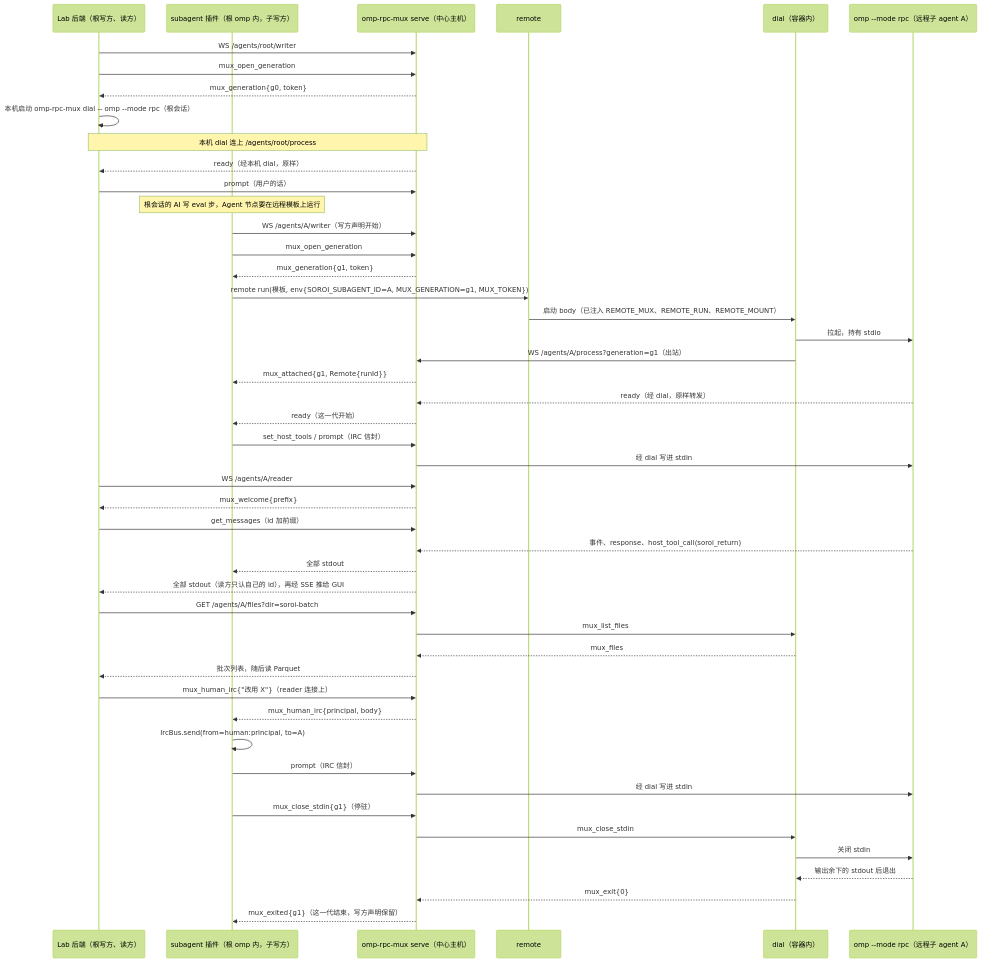
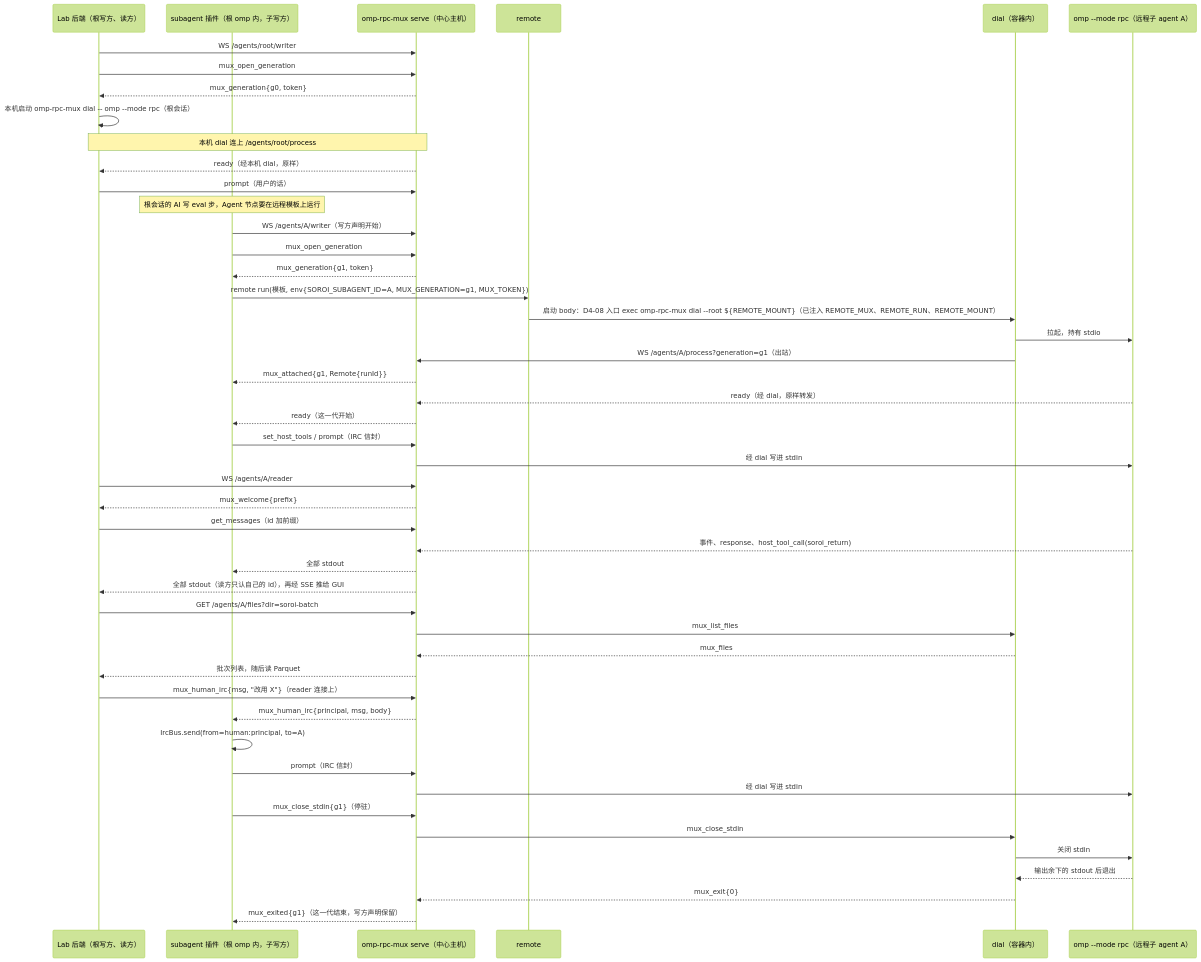
Before and after one commit to Pepgent/PM: the diagram in evidence/decisions/D3-network-mux.md, drawn with Mermaid (forest theme). The commit also changed other lines of this file and 17 other files, not shown here.

````diff
--- a/evidence/decisions/D3-network-mux.md
+++ b/evidence/decisions/D3-network-mux.md
@@ -148,50 +158,50 @@
 ```mermaid
 sequenceDiagram
     participant L as Lab 后端（根写方、读方）
     participant P as subagent 插件（根 omp 内，子写方）
     participant M as omp-rpc-mux serve（中心主机）
     participant R as remote
     participant D as dial（容器内）
     participant O as omp --mode rpc（远程子 agent A）
     L->>M: WS /agents/root/writer
     L->>M: mux_open_generation
     M-->>L: mux_generation{g0, token}
     L->>L: 本机启动 omp-rpc-mux dial -- omp --mode rpc（根会话）
     Note over L,M: 本机 dial 连上 /agents/root/process
     M-->>L: ready（经本机 dial，原样）
     L->>M: prompt（用户的话）
     Note over P: 根会话的 AI 写 eval 步，Agent 节点要在远程模板上运行
     P->>M: WS /agents/A/writer（写方声明开始）
     P->>M: mux_open_generation
     M-->>P: mux_generation{g1, token}
     P->>R: remote run(模板, env{SOROI_SUBAGENT_ID=A, MUX_GENERATION=g1, MUX_TOKEN})
-    R->>D: 启动 body（已注入 REMOTE_MUX、REMOTE_RUN、REMOTE_MOUNT）
+    R->>D: 启动 body：D4-08 入口 exec omp-rpc-mux dial --root ${REMOTE_MOUNT}（已注入 REMOTE_MUX、REMOTE_RUN、REMOTE_MOUNT）
     D->>O: 拉起，持有 stdio
     D->>M: WS /agents/A/process?generation=g1（出站）
     M-->>P: mux_attached{g1, Remote{runId}}
     O-->>M: ready（经 dial，原样转发）
     M-->>P: ready（这一代开始）
     P->>M: set_host_tools / prompt（IRC 信封）
     M->>O: 经 dial 写进 stdin
     L->>M: WS /agents/A/reader
     M-->>L: mux_welcome{prefix}
     L->>M: get_messages（id 加前缀）
     O-->>M: 事件、response、host_tool_call(soroi_return)
     M-->>P: 全部 stdout
     M-->>L: 全部 stdout（读方只认自己的 id），再经 SSE 推给 GUI
     L->>M: GET /agents/A/files?dir=soroi-batch
     M->>D: mux_list_files
     D-->>M: mux_files
     M-->>L: 批次列表，随后读 Parquet
-    L->>M: mux_human_irc{"改用 X"}（reader 连接上）
-    M-->>P: mux_human_irc{principal, body}
+    L->>M: mux_human_irc{msg, "改用 X"}（reader 连接上）
+    M-->>P: mux_human_irc{principal, msg, body}
     P->>P: IrcBus.send(from=human:principal, to=A)
     P->>M: prompt（IRC 信封）
     M->>O: 经 dial 写进 stdin
     P->>M: mux_close_stdin{g1}（停驻）
     M->>D: mux_close_stdin
     D->>O: 关闭 stdin
     O-->>D: 输出余下的 stdout 后退出
     D-->>M: mux_exit{0}
     M-->>P: mux_exited{g1}（这一代结束，写方声明保留）
 ```
````
